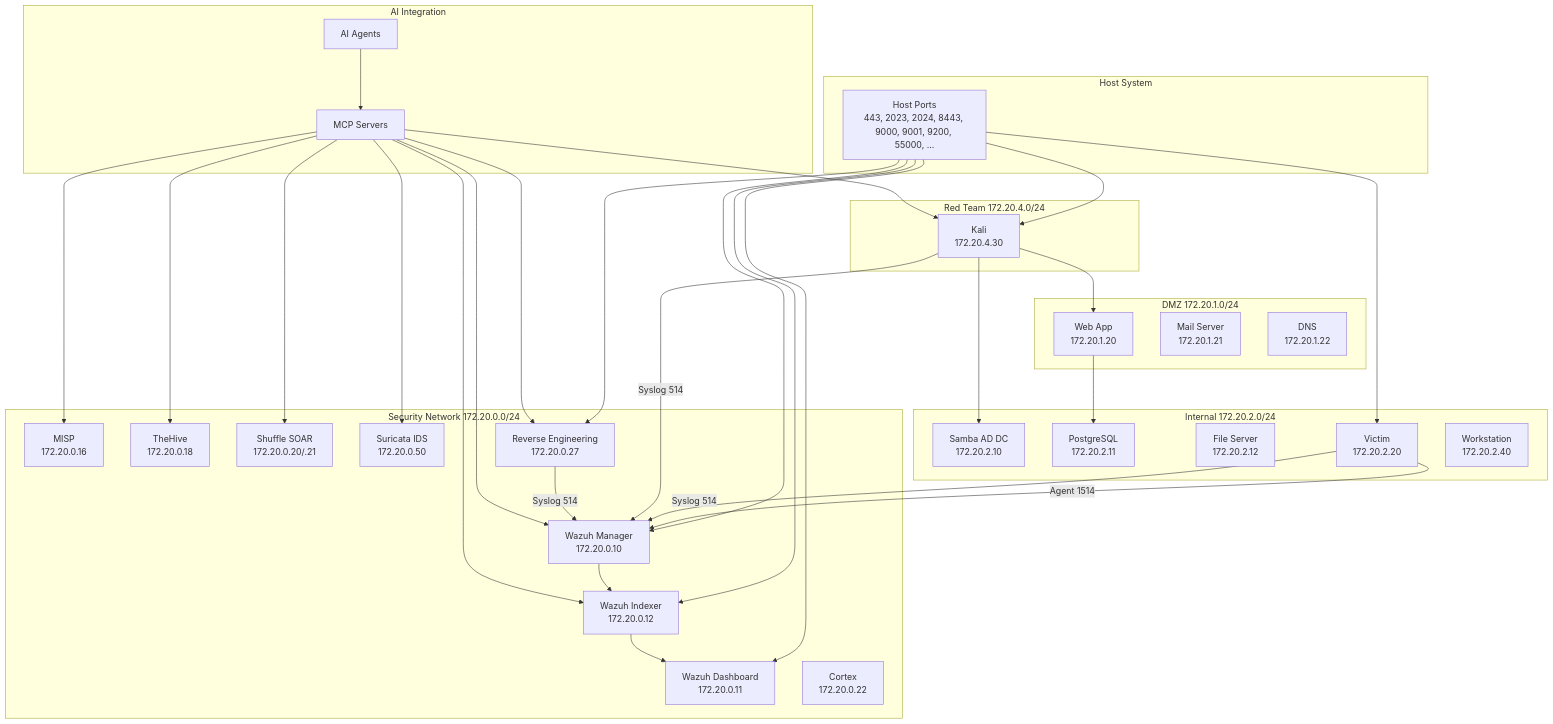
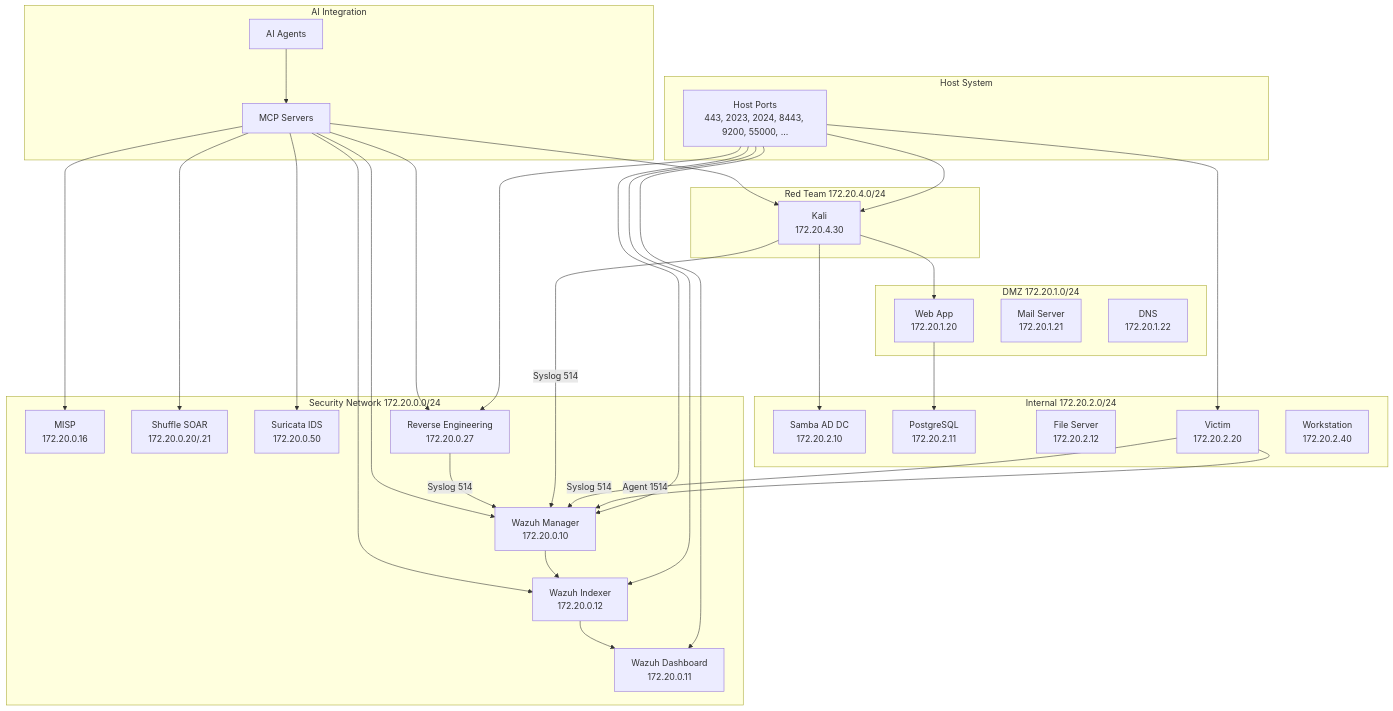
One commit to OpenRAE/lilrae changed the diagram in docs/architecture/index.md. Above: the diagram before and after it, drawn with Mermaid. The commit also changed other lines of this file and 173 other files, not shown here.

Commit message:
feat!: remove TheHive and Cortex from the TechVault stack

````diff
--- a/docs/architecture/index.md
+++ b/docs/architecture/index.md
@@ -5,67 +5,64 @@
 ```mermaid
 flowchart TD
     subgraph "Host System"
-        H[Host Ports<br/>443, 2023, 2024, 8443, 9000, 9001, 9200, 55000, ...]
+        H[Host Ports<br/>443, 2023, 2024, 8443, 9200, 55000, ...]
     end
 
     subgraph "Security Network 172.20.0.0/24"
         WM[Wazuh Manager<br/>172.20.0.10]
         WD[Wazuh Dashboard<br/>172.20.0.11]
         WI[Wazuh Indexer<br/>172.20.0.12]
         MISP[MISP<br/>172.20.0.16]
-        TH[TheHive<br/>172.20.0.18]
         SHUF[Shuffle SOAR<br/>172.20.0.20/.21]
-        CTX[Cortex<br/>172.20.0.22]
         SUR[Suricata IDS<br/>172.20.0.50]
         R[Reverse Engineering<br/>172.20.0.27]
     end
 
     subgraph "DMZ 172.20.1.0/24"
         WA[Web App<br/>172.20.1.20]
         MAIL[Mail Server<br/>172.20.1.21]
         DNS[DNS<br/>172.20.1.22]
     end
 
     subgraph "Internal 172.20.2.0/24"
         AD[Samba AD DC<br/>172.20.2.10]
         DB[PostgreSQL<br/>172.20.2.11]
         FS[File Server<br/>172.20.2.12]
         V[Victim<br/>172.20.2.20]
         WS[Workstation<br/>172.20.2.40]
     end
 
     subgraph "Red Team 172.20.4.0/24"
         K[Kali<br/>172.20.4.30]
     end
 
     H --> WD
     H --> V
     H --> K
     H --> WI
     H --> WM
     H --> R
     V --> |Agent 1514| WM
     V --> |Syslog 514| WM
     K --> |Syslog 514| WM
     WM --> WI
     WI --> WD
     R --> |Syslog 514| WM
     K --> WA
     K --> AD
     WA --> DB
 
     subgraph "AI Integration"
         MCP[MCP Servers]
         AI[AI Agents]
     end
 
     AI --> MCP
     MCP --> K
     MCP --> WM
     MCP --> WI
     MCP --> R
     MCP --> MISP
-    MCP --> TH
     MCP --> SHUF
     MCP --> SUR
 ```
````
